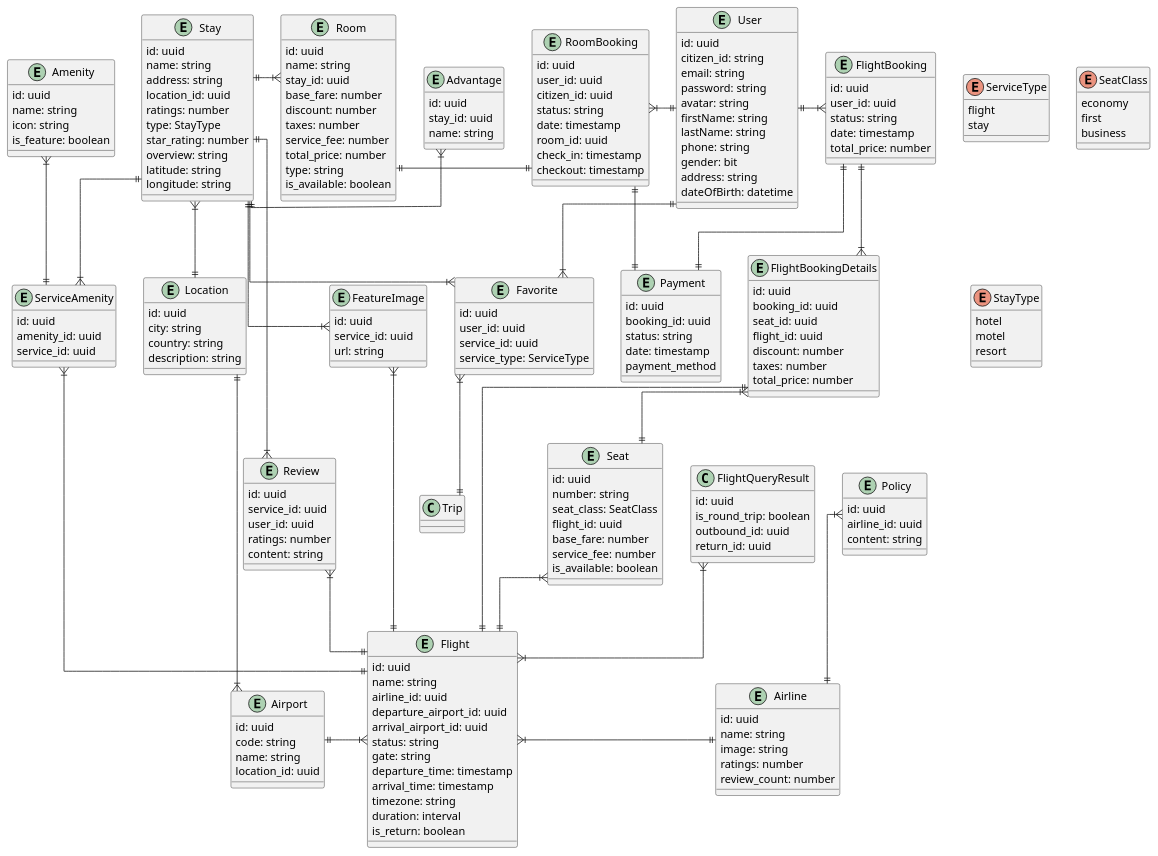
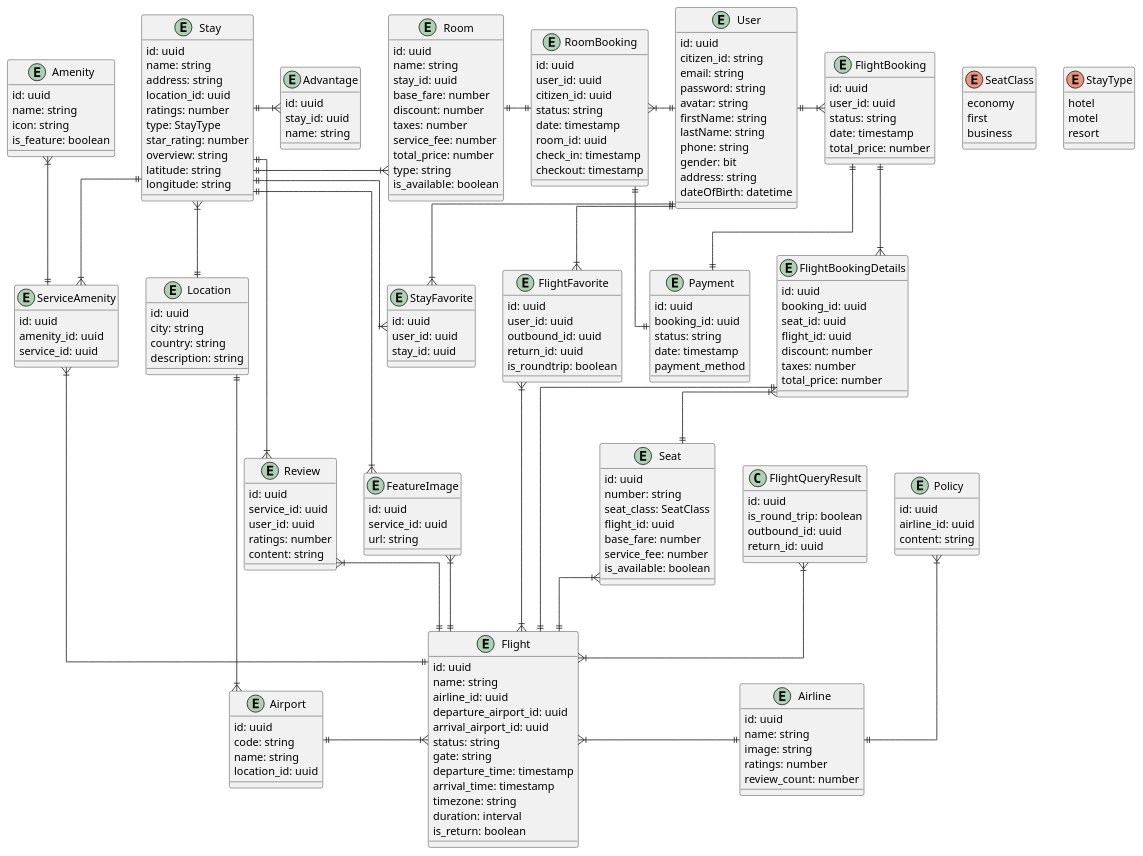
Before and after one commit to vinguyen1907/gogo-travel: the diagram in docs/class-diagram.puml, drawn with PlantUML. The commit also changed 1 other file, not shown here.

Commit message:
loc/update class diagram

```diff
--- a/docs/class-diagram.puml
+++ b/docs/class-diagram.puml
@@ -15,16 +15,18 @@
     dateOfBirth: datetime
 }
 
-entity Favorite {
+entity StayFavorite {
     id: uuid
     user_id: uuid
-    service_id: uuid
-    service_type: ServiceType
+    stay_id: uuid
 }
 
-enum ServiceType {
-    flight
-    stay
+entity FlightFavorite {
+    id: uuid
+    user_id: uuid
+    outbound_id: uuid
+    return_id: uuid
+    is_roundtrip: boolean
 }
 
 entity Flight {
@@ -195,14 +197,14 @@
     payment_method
 }
 
-Favorite }|-up-|| User
+StayFavorite }|-up-|| User
+FlightFavorite }|-up-|| User
 
 RoomBooking }|-right-|| User
 RoomBooking ||-left-|| Room
 RoomBooking ||--|| Payment
 
-Favorite }|-up-|| Stay
-Favorite }|--|| Trip
+StayFavorite }|-up-|| Stay
 Review }|-up-|| Stay 
 Review }|--|| Flight
 ServiceAmenity }|-up-|| Stay 
@@ -223,6 +225,7 @@
 Stay }|--|| Location
 
 Seat }|--|| Flight
+FlightFavorite }|--|{ Flight
 FlightBooking ||--|{ FlightBookingDetails
 FlightBookingDetails }|--|| Seat
 FlightBookingDetails ||--|| Flight
```
